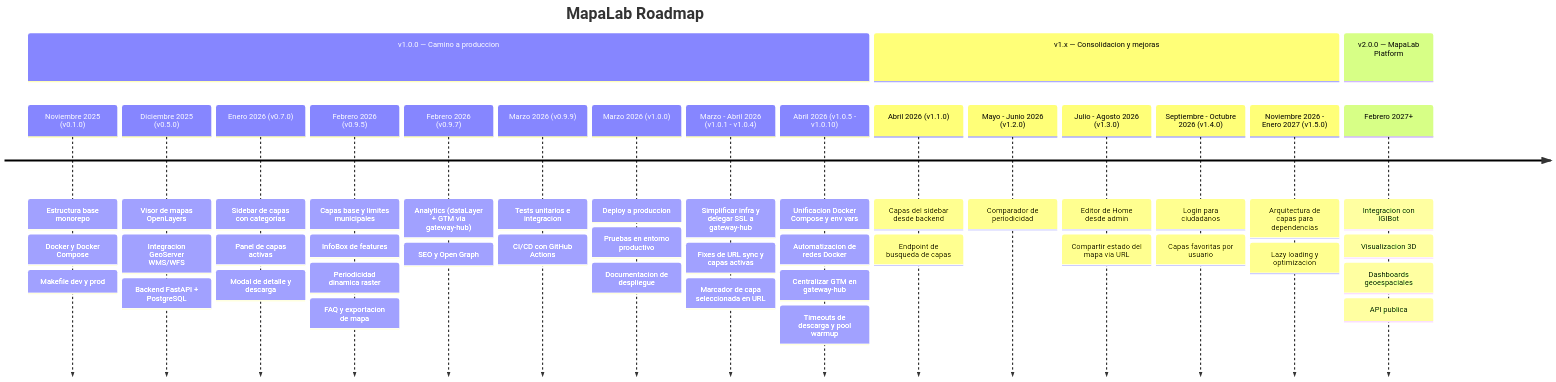
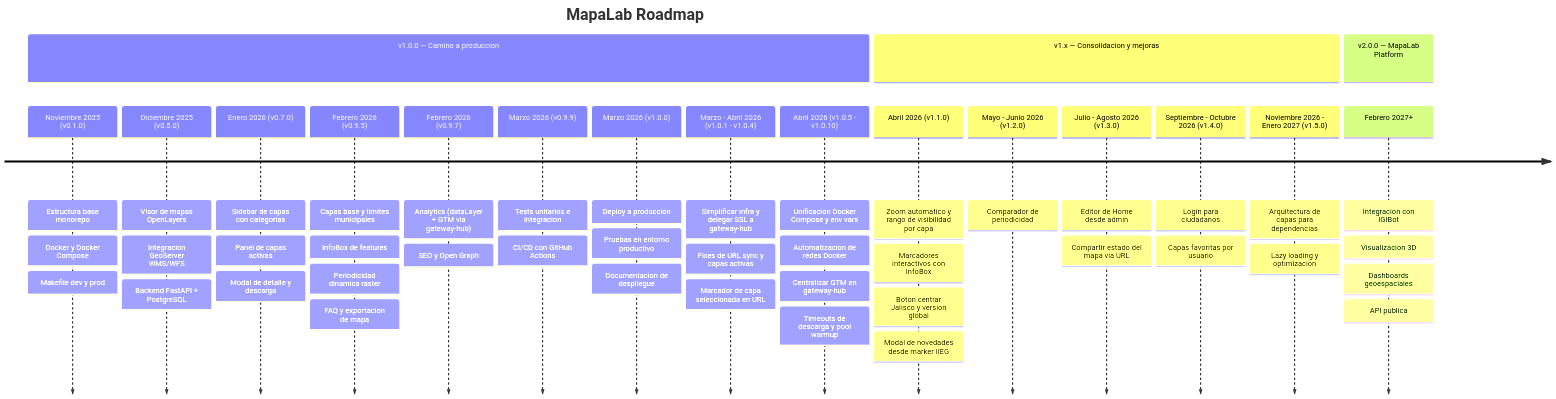
One commit to iieg-oficial/mapalab changed the diagram in docs/roadmap.md. Above: the diagram before and after it, drawn with Mermaid. The commit also changed other lines of this file and 33 other files, not shown here.

Commit message:
feat: implement map zoom constraints, marker management system, and version synchronization scripts

````diff
--- a/docs/roadmap.md
+++ b/docs/roadmap.md
@@ -5,62 +5,64 @@
 ```mermaid
 timeline
     title MapaLab Roadmap
     section v1.0.0 — Camino a produccion
         Noviembre 2025 (v0.1.0)
             : Estructura base monorepo
             : Docker y Docker Compose
             : Makefile dev y prod
         Diciembre 2025 (v0.5.0)
             : Visor de mapas OpenLayers
             : Integracion GeoServer WMS/WFS
             : Backend FastAPI + PostgreSQL
         Enero 2026 (v0.7.0)
             : Sidebar de capas con categorias
             : Panel de capas activas
             : Modal de detalle y descarga
         Febrero 2026 (v0.9.5)
             : Capas base y limites municipales
             : InfoBox de features
             : Periodicidad dinamica raster
             : FAQ y exportacion de mapa
         Febrero 2026 (v0.9.7)
             : Analytics (dataLayer + GTM via gateway-hub)
             : SEO y Open Graph
         Marzo 2026 (v0.9.9)
             : Tests unitarios e integracion
             : CI/CD con GitHub Actions
         Marzo 2026 (v1.0.0)
             : Deploy a produccion
             : Pruebas en entorno productivo
             : Documentacion de despliegue
         Marzo - Abril 2026 (v1.0.1 - v1.0.4)
             : Simplificar infra y delegar SSL a gateway-hub
             : Fixes de URL sync y capas activas
             : Marcador de capa seleccionada en URL
         Abril 2026 (v1.0.5 - v1.0.10)
             : Unificacion Docker Compose y env vars
             : Automatizacion de redes Docker
             : Centralizar GTM en gateway-hub
             : Timeouts de descarga y pool warmup
     section v1.x — Consolidacion y mejoras
         Abril 2026 (v1.1.0)
-            : Capas del sidebar desde backend
-            : Endpoint de busqueda de capas
+            : Zoom automatico y rango de visibilidad por capa
+            : Marcadores interactivos con InfoBox
+            : Boton centrar Jalisco y version global
+            : Modal de novedades desde marker IIEG
         Mayo - Junio 2026 (v1.2.0)
             : Comparador de periodicidad
         Julio - Agosto 2026 (v1.3.0)
             : Editor de Home desde admin
             : Compartir estado del mapa via URL
         Septiembre - Octubre 2026 (v1.4.0)
             : Login para ciudadanos
             : Capas favoritas por usuario
         Noviembre 2026 - Enero 2027 (v1.5.0)
             : Arquitectura de capas para dependencias
             : Lazy loading y optimizacion
     section v2.0.0 — MapaLab Platform
         Febrero 2027+
             : Integracion con IGIBot
             : Visualizacion 3D
             : Dashboards geoespaciales
             : API publica
 ```
````
